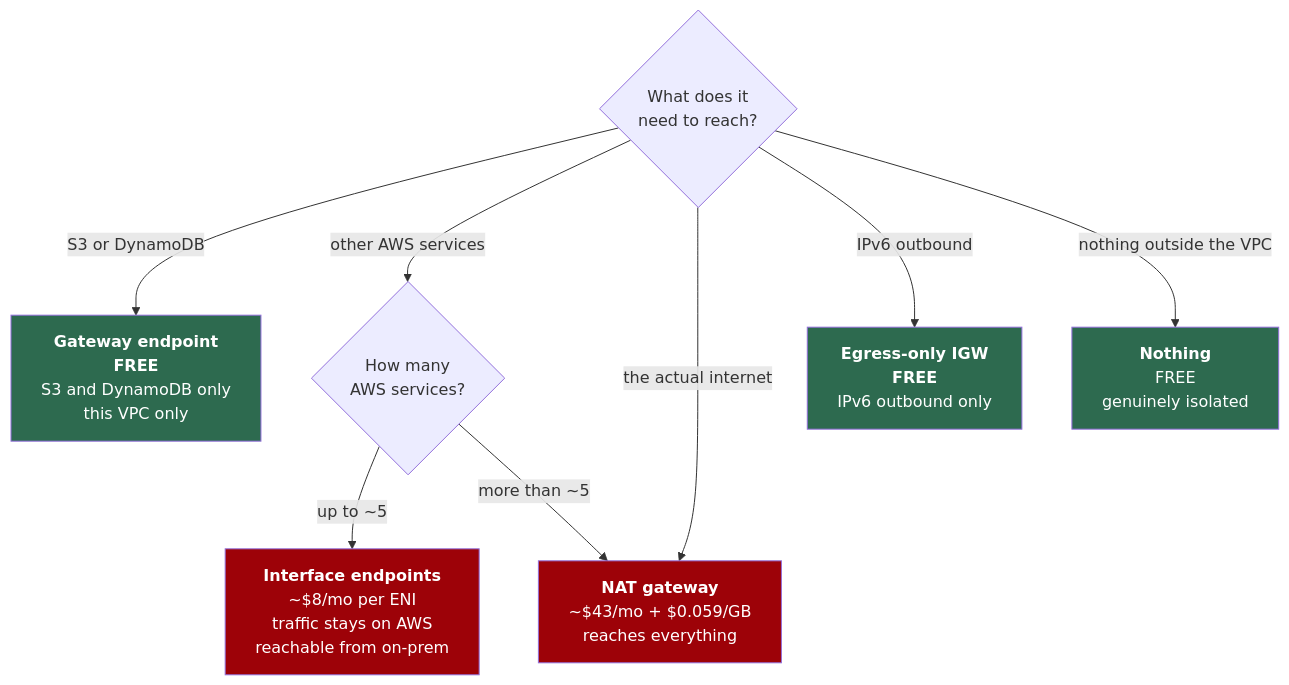
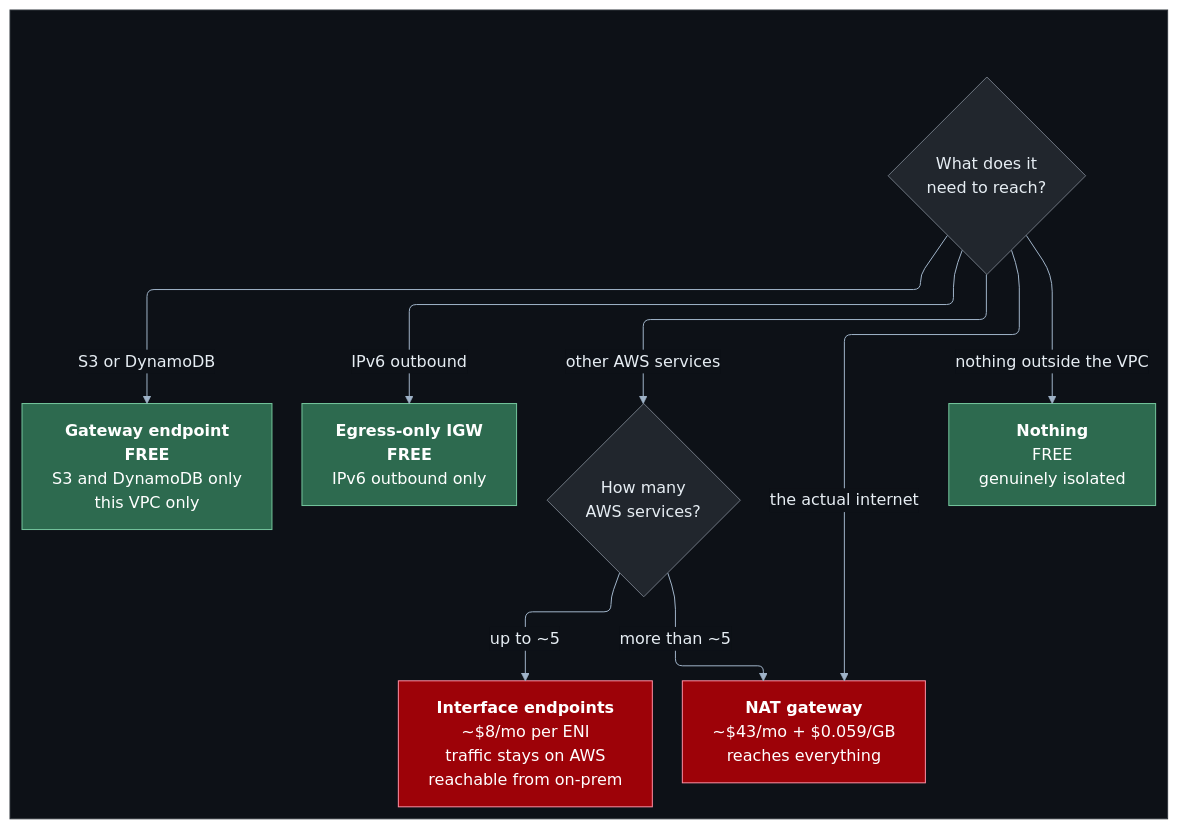
One commit to HuyNguyen260398/aws-network-architecture changed the third of 5 diagrams in docs/diagrams/README.md. Above: the diagram before and after it, drawn with Mermaid. The commit also changed other lines of this file and 13 other files, not shown here.

First line of the commit message:
docs(diagrams): restyle all Mermaid diagrams for dark mode and orthogonal lines

````diff
--- a/docs/diagrams/README.md
+++ b/docs/diagrams/README.md
@@ -112,25 +184,47 @@
 ```mermaid
-graph TD
-    Q1{"What does it<br/>need to reach?"}
-    Q2{"How many<br/>AWS services?"}
+---
+config:
+  layout: elk
+  theme: base
+  themeVariables:
+    lineColor: "#9fb3c8"
+    textColor: "#e6edf3"
+    primaryColor: "#21262d"
+    primaryTextColor: "#e6edf3"
+    primaryBorderColor: "#6e7681"
+    edgeLabelBackground: "#0d1117"
+    clusterBkg: "#161b22"
+    clusterBorder: "#6e7681"
+    titleColor: "#e6edf3"
+  flowchart:
+    curve: rounded
+    wrappingWidth: 420
+---
+flowchart TD
+    subgraph CANVAS[" "]
+        Q1{"What does it<br/>need to reach?"}
+        Q2{"How many<br/>AWS services?"}
 
-    GW["<b>Gateway endpoint</b><br/><b>FREE</b><br/>S3 and DynamoDB only<br/>this VPC only"]
-    IF["<b>Interface endpoints</b><br/>~$8/mo per ENI<br/>traffic stays on AWS<br/>reachable from on-prem"]
-    NAT["<b>NAT gateway</b><br/>~$43/mo + $0.059/GB<br/>reaches everything"]
-    EIGW["<b>Egress-only IGW</b><br/><b>FREE</b><br/>IPv6 outbound only"]
-    NOTHING["<b>Nothing</b><br/>FREE<br/>genuinely isolated"]
+        GW["<b>Gateway endpoint</b><br/><b>FREE</b><br/>S3 and DynamoDB only<br/>this VPC only"]
+        IF["<b>Interface endpoints</b><br/>~$8/mo per ENI<br/>traffic stays on AWS<br/>reachable from on-prem"]
+        NAT["<b>NAT gateway</b><br/>~$43/mo + $0.059/GB<br/>reaches everything"]
+        EIGW["<b>Egress-only IGW</b><br/><b>FREE</b><br/>IPv6 outbound only"]
+        NOTHING["<b>Nothing</b><br/>FREE<br/>genuinely isolated"]
+    end
 
     Q1 -->|"S3 or DynamoDB"| GW
     Q1 -->|"other AWS services"| Q2
     Q1 -->|"the actual internet"| NAT
     Q1 -->|"IPv6 outbound"| EIGW
     Q1 -->|"nothing outside the VPC"| NOTHING
     Q2 -->|"up to ~5"| IF
     Q2 -->|"more than ~5"| NAT
 
-    style GW fill:#2d6a4f,color:#fff
-    style EIGW fill:#2d6a4f,color:#fff
-    style NOTHING fill:#2d6a4f,color:#fff
-    style IF fill:#9d0208,color:#fff
-    style NAT fill:#9d0208,color:#fff
+    classDef canvas fill:#0d1117,stroke:#30363d,color:#e6edf3
+    classDef free fill:#2d6a4f,stroke:#74c69d,color:#fff
+    classDef billed fill:#9d0208,stroke:#ff8fa3,color:#fff
+
+    class CANVAS canvas
+    class GW,EIGW,NOTHING free
+    class IF,NAT billed
 ```
````
